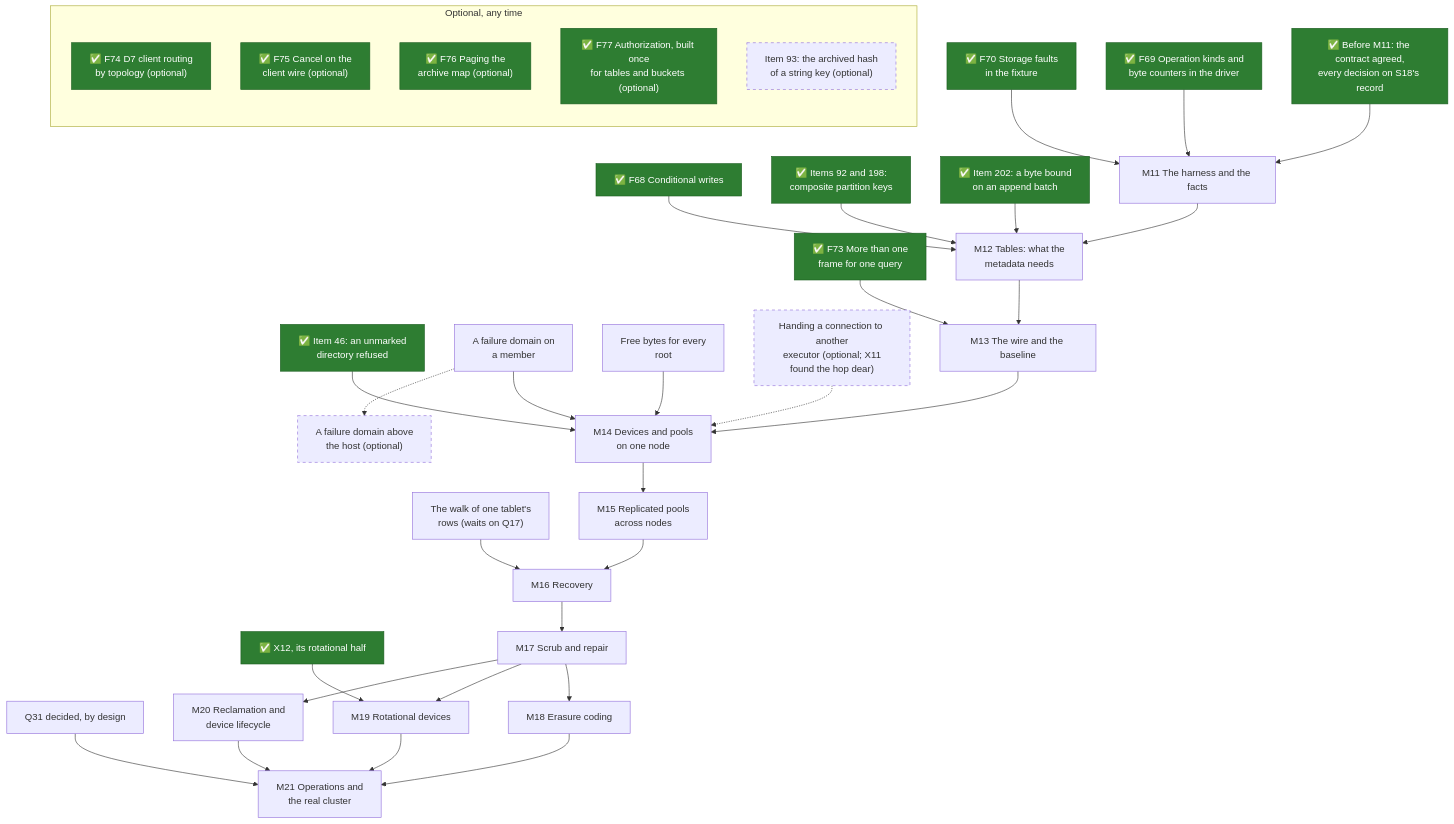
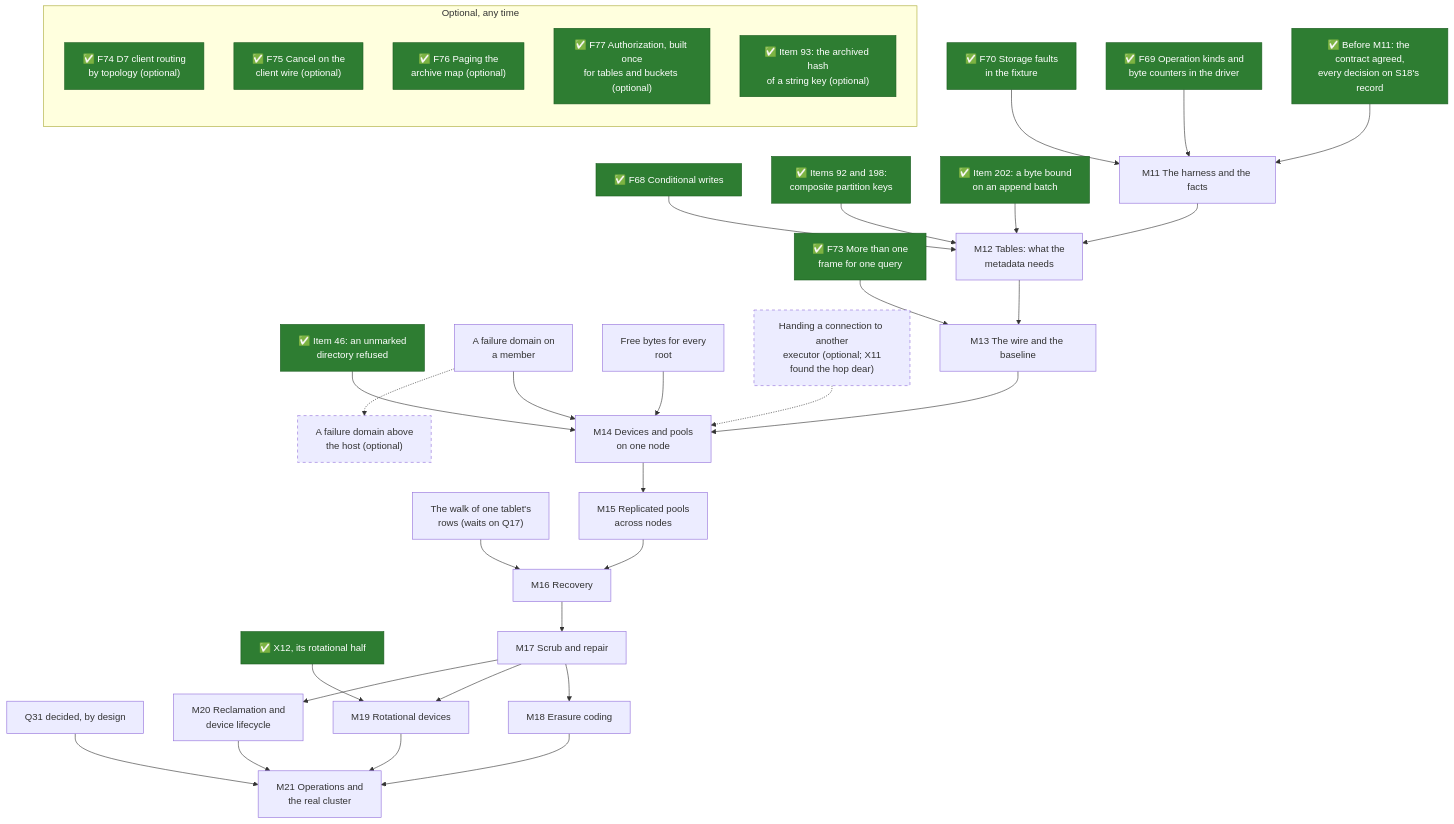
Before and after one commit to mjcarson/shoal: the second of 2 diagrams in docs/src/object-storage/whats-left-todo.md, drawn with Mermaid. The commit also changed other lines of this file and 17 other files, not shown here.

First line of the commit message:
fix(shoal-derive): delete the archived partition hash (item 93)

````diff
--- a/docs/src/object-storage/whats-left-todo.md
+++ b/docs/src/object-storage/whats-left-todo.md
@@ -126,57 +128,57 @@
 ```mermaid
 flowchart TB
     classDef done fill:#2e7d32,stroke:#1b5e20,color:#ffffff
     classDef optional stroke-dasharray: 5 5
     Gate["✅ Before M11: the contract agreed,<br>every decision on S18's record"]:::done
     F69["✅ F69 Operation kinds and<br>byte counters in the driver"]:::done
     F70["✅ F70 Storage faults<br>in the fixture"]:::done
     F68["✅ F68 Conditional writes"]:::done
     I198["✅ Items 92 and 198:<br>composite partition keys"]:::done
     I202["✅ Item 202: a byte bound<br>on an append batch"]:::done
     I46["✅ Item 46: an unmarked<br>directory refused"]:::done
     Frames["✅ F73 More than one<br>frame for one query"]:::done
     Domain["A failure domain on<br>a member"]
     Free["Free bytes for every<br>root"]
     Walk["The walk of one tablet's<br>rows (waits on Q17)"]
     Handoff["Handing a connection to another<br>executor (optional; X11<br>found the hop dear)"]:::optional
     Rack["A failure domain above<br>the host (optional)"]:::optional
     X12r["✅ X12, its rotational half"]:::done
     Q31["Q31 decided, by design"]
     M11["M11 The harness and the facts"]
     M12["M12 Tables: what the<br>metadata needs"]
     M13["M13 The wire and the baseline"]
     M14["M14 Devices and pools<br>on one node"]
     M15["M15 Replicated pools<br>across nodes"]
     M16["M16 Recovery"]
     M17["M17 Scrub and repair"]
     M18["M18 Erasure coding"]
     M19["M19 Rotational devices"]
     M20["M20 Reclamation and<br>device lifecycle"]
     M21["M21 Operations and<br>the real cluster"]
     Gate --> M11 --> M12 --> M13 --> M14 --> M15 --> M16 --> M17
     M17 --> M18 --> M21
     M17 --> M19 --> M21
     M17 --> M20 --> M21
     F69 --> M11
     F70 --> M11
     F68 --> M12
     I198 --> M12
     I202 --> M12
     Frames --> M13
     I46 --> M14
     Domain --> M14
     Free --> M14
     Handoff -.-> M14
     Domain -.-> Rack
     Walk --> M16
     X12r --> M19
     Q31 --> M21
     subgraph anytime["Optional, any time"]
         direction TB
         D7["✅ F74 D7 client routing<br>by topology (optional)"]:::done
         Cancel["✅ F75 Cancel on the<br>client wire (optional)"]:::done
         Paging["✅ F76 Paging the<br>archive map (optional)"]:::done
         Authz["✅ F77 Authorization, built once<br>for tables and buckets (optional)"]:::done
-        I93["Item 93: the archived hash<br>of a string key (optional)"]:::optional
+        I93["✅ Item 93: the archived hash<br>of a string key (optional)"]:::done
     end
 ```
````
